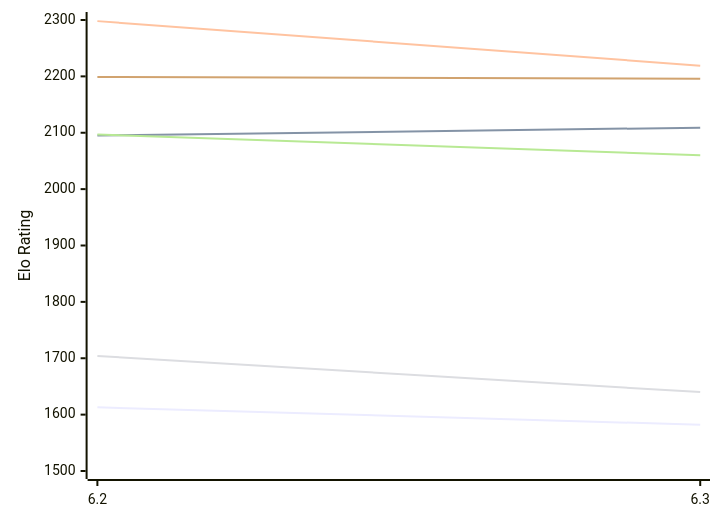
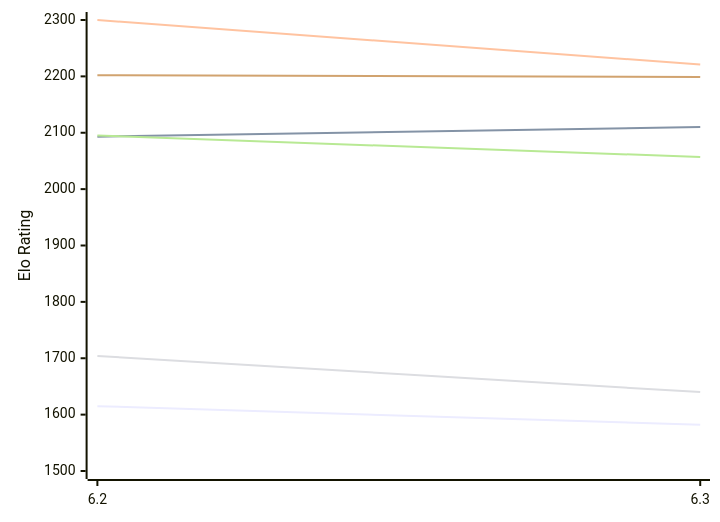
The first of 2 diagrams in engines/chess4j.md (computer-chess-index/cci), drawn with Mermaid before and after one commit. The commit also changed other lines of this file, not shown here.

Commit message:
Update CCI Ratings (ELO VLTC) - 2026-11-26

````diff
--- a/engines/chess4j.md
+++ b/engines/chess4j.md
@@ -50,12 +50,12 @@
 ```mermaid
 %%{init: {"theme":"base","themeVariables":{"seriesColors:['#a3a3a3','#222221','#faa371']}}}%%
 xychart-beta
   x-axis ["6.2", "6.3"]
   y-axis "Elo Rating" 1500 --> 2300
-  line "E1: STC (8.0+0.08s)" [1613, 1582]
-  line "E1: LTC (60.0+0.60s)" [2095, 2109]
-  line "E1: VLTC (2m24s+1.12s)" [2298, 2219]
+  line "E1: STC (8.0+0.08s)" [1615, 1582]
+  line "E1: LTC (60.0+0.60s)" [2093, 2110]
+  line "E1: VLTC (2m24s+1.12s)" [2300, 2221]
   line "P1: STC (8.0+0.08s)" [1704, 1640]
-  line "P1: LTC (60.0+0.60s)" [2097, 2060]
-  line "P1: VLTC (2m24s+1.12s)" [2199, 2196]
+  line "P1: LTC (60.0+0.60s)" [2095, 2057]
+  line "P1: VLTC (2m24s+1.12s)" [2202, 2199]
 ```
````
